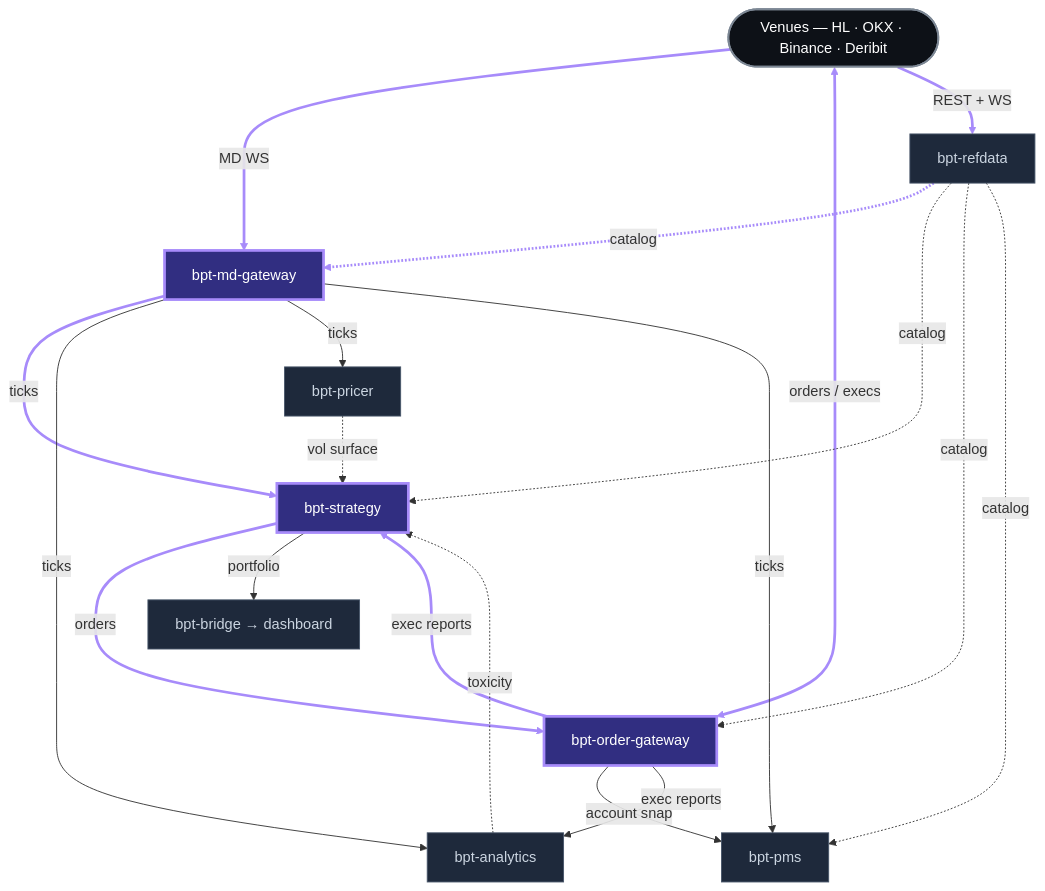
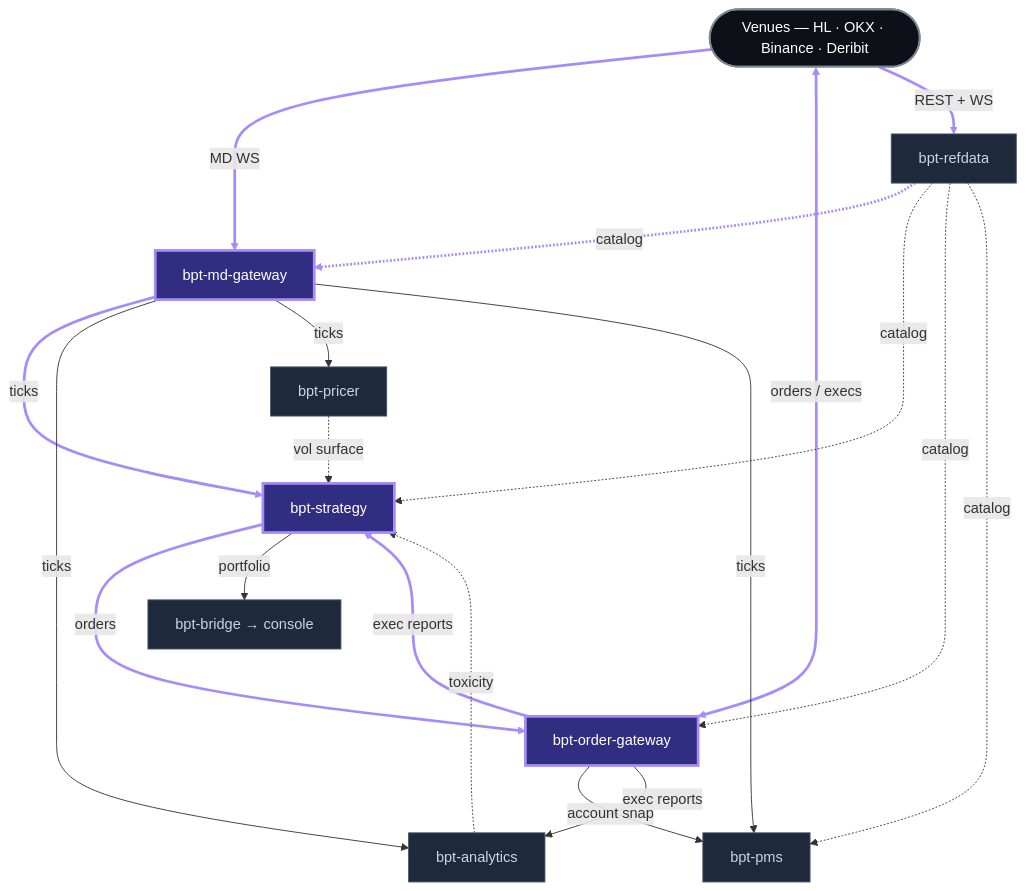
The diagram in site/docs/architecture.md (bishanparktrading/bpt-core), drawn with Mermaid before and after one commit. The commit also changed other lines of this file and 121 other files, not shown here.

First line of the commit message:
frontend + docs: rename dashboard → bpt-console

````diff
--- a/site/docs/architecture.md
+++ b/site/docs/architecture.md
@@ -10,34 +10,34 @@
 ```mermaid
 flowchart TB
     V([Venues — HL · OKX · Binance · Deribit]):::venue
 
     V ===>|MD WS| MDGW
     V <===>|orders / execs| OGW
     V -->|REST + WS| REFDATA
 
     MDGW[bpt-md-gateway]:::hot ===>|ticks| STRAT
     STRAT[bpt-strategy]:::hot ===>|orders| OGW[bpt-order-gateway]:::hot
     OGW ===>|exec reports| STRAT
 
     REFDATA[bpt-refdata]:::aux -.->|catalog| MDGW
     REFDATA -.->|catalog| STRAT
     REFDATA -.->|catalog| OGW
     REFDATA -.->|catalog| BOOK
 
     MDGW -->|ticks| ANALYTICS[bpt-analytics]:::aux
     MDGW -->|ticks| PRICER[bpt-pricer]:::aux
     MDGW -->|ticks| BOOK[bpt-pms]:::aux
 
     OGW -->|account snap| BOOK
     OGW -->|exec reports| ANALYTICS
 
     ANALYTICS -.->|toxicity| STRAT
     PRICER -.->|vol surface| STRAT
 
-    STRAT -->|portfolio| BRIDGE[bpt-bridge → dashboard]:::aux
+    STRAT -->|portfolio| BRIDGE[bpt-bridge → console]:::aux
 
     classDef venue fill:#0d1117,stroke:#7c8794,stroke-width:2px,color:#fff
     classDef hot fill:#312e81,stroke:#a78bfa,stroke-width:3px,color:#fff
     classDef aux fill:#1e293b,stroke:#475569,stroke-width:1px,color:#cbd5e1
     linkStyle 0,1,2,3,4,5,6 stroke:#a78bfa,stroke-width:3px
 ```
````
